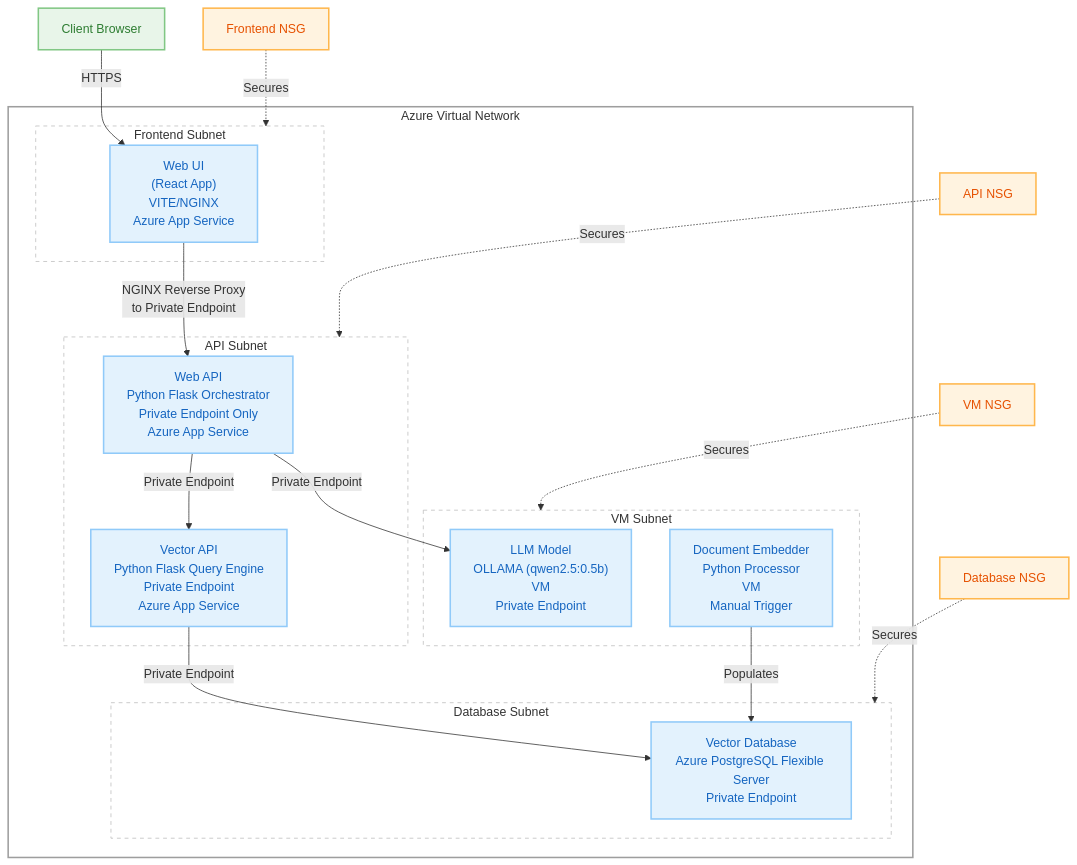
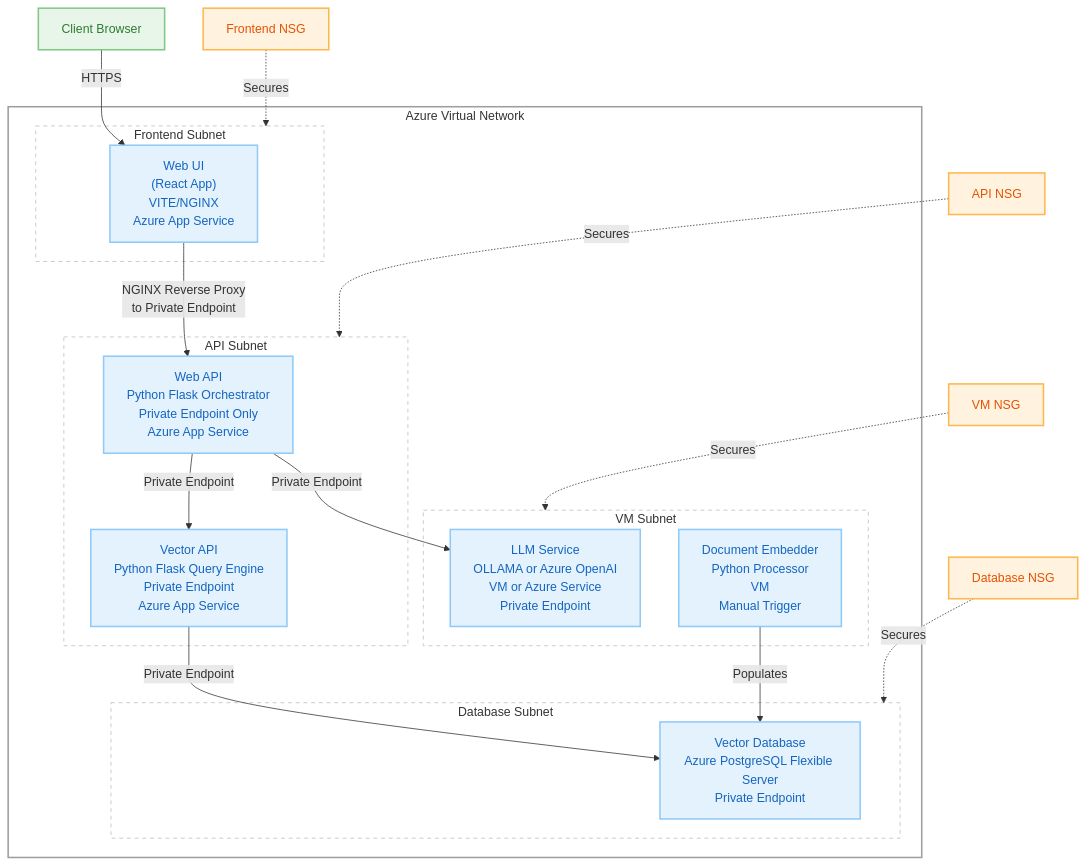
One commit to bcgov/EPIC.search changed the second of 2 diagrams in documentation/INFRASTRUCTURE.md. Above: the diagram before and after it, drawn with Mermaid. The commit also changed other lines of this file and 3 other files, not shown here.

````diff
--- a/documentation/INFRASTRUCTURE.md
+++ b/documentation/INFRASTRUCTURE.md
@@ -87,74 +113,74 @@
 ```mermaid
 graph TB
     %% Nodes
     WebUI["Web UI<br>(React App)<br>VITE/NGINX<br>Azure App Service"]
     WebAPI["Web API<br>Python Flask Orchestrator<br>Private Endpoint Only<br>Azure App Service"]
     VectorAPI["Vector API<br>Python Flask Query Engine<br>Private Endpoint<br>Azure App Service"]
     VectorDB["Vector Database<br>Azure PostgreSQL Flexible Server<br>Private Endpoint"]
-    LLM["LLM Model<br>OLLAMA (qwen2.5:0.5b)<br>VM<br>Private Endpoint"]
+    LLM["LLM Service<br>OLLAMA or Azure OpenAI<br>VM or Azure Service<br>Private Endpoint"]
     Embedder["Document Embedder<br>Python Processor<br>VM<br>Manual Trigger"]
     Client["Client Browser"]
     
     %% NSG nodes
     FNSG["Frontend NSG"]
     ANSG["API NSG"]
     DNSG["Database NSG"]
     VNSG["VM NSG"]
     
     %% Connections
     Client -->|HTTPS| WebUI
     WebUI -->|NGINX Reverse Proxy<br>to Private Endpoint| WebAPI
     WebAPI -->|Private Endpoint| VectorAPI
     VectorAPI -->|Private Endpoint| VectorDB
     WebAPI -->|Private Endpoint| LLM
     Embedder -->|Populates| VectorDB
     
     %% NSG connections - visual relationship
     FNSG -.->|Secures| FSNET
     ANSG -.->|Secures| ASNET
     DNSG -.->|Secures| DSNET
     VNSG -.->|Secures| VSNET
     
     %% Azure Virtual Network Structure
     subgraph VNET["Azure Virtual Network"]
         subgraph FSNET["Frontend Subnet"]
             WebUI
         end
         subgraph ASNET["API Subnet"]
             WebAPI
             VectorAPI
         end
         subgraph DSNET["Database Subnet"]
             VectorDB
         end
         subgraph VSNET["VM Subnet"]
             LLM
             Embedder
         end
     end
 
     %% Styling
     %% Azure Services - Cool Blues
     style WebUI fill:#E3F2FD,color:#1565C0,stroke:#90CAF9,stroke-width:2px
     style WebAPI fill:#E3F2FD,color:#1565C0,stroke:#90CAF9,stroke-width:2px
     style VectorAPI fill:#E3F2FD,color:#1565C0,stroke:#90CAF9,stroke-width:2px
     style VectorDB fill:#E3F2FD,color:#1565C0,stroke:#90CAF9,stroke-width:2px
     style LLM fill:#E3F2FD,color:#1565C0,stroke:#90CAF9,stroke-width:2px
     style Embedder fill:#E3F2FD,color:#1565C0,stroke:#90CAF9,stroke-width:2px
 
     %% Client - Sage Green
     style Client fill:#E8F5E9,color:#2E7D32,stroke:#81C784,stroke-width:2px
 
     %% NSGs - Warm Orange for Security
     style FNSG fill:#FFF3E0,color:#E65100,stroke:#FFB74D,stroke-width:2px
     style ANSG fill:#FFF3E0,color:#E65100,stroke:#FFB74D,stroke-width:2px
     style DNSG fill:#FFF3E0,color:#E65100,stroke:#FFB74D,stroke-width:2px
     style VNSG fill:#FFF3E0,color:#E65100,stroke:#FFB74D,stroke-width:2px
     
     %% Network containers - Subtle Grey
     style VNET fill:none,stroke:#9E9E9E,stroke-width:2px
     style FSNET fill:none,stroke:#BDBDBD,stroke-width:1px,stroke-dasharray:5 5
     style ASNET fill:none,stroke:#BDBDBD,stroke-width:1px,stroke-dasharray:5 5
     style DSNET fill:none,stroke:#BDBDBD,stroke-width:1px,stroke-dasharray:5 5
     style VSNET fill:none,stroke:#BDBDBD,stroke-width:1px,stroke-dasharray:5 5
 ```
````
